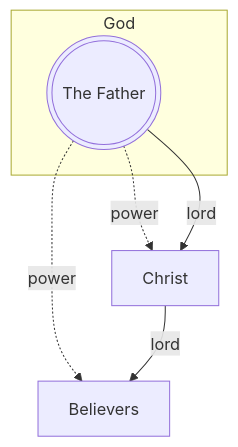
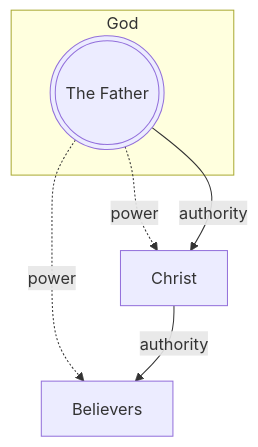
Before and after one commit to life-and-dev/son: the first of 8 diagrams in trinity.md, drawn with Mermaid. The commit also changed other lines of this file, not shown here.

````diff
--- a/trinity.md
+++ b/trinity.md
@@ -53,10 +53,10 @@
 ```mermaid
 graph TD
     subgraph God
         Father(((The Father)))
     end
     Father -.->|power| Christ
-    Father -- lord --> Christ
+    Father -- authority --> Christ
     Father -.->|power| Believers
-    Christ -- lord --> Believers
+    Christ -- authority --> Believers
 ```
````
